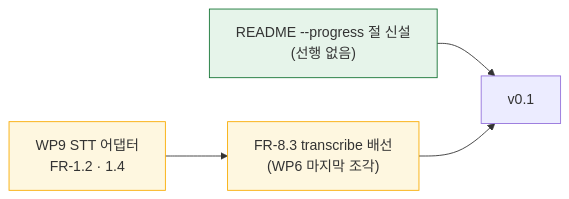
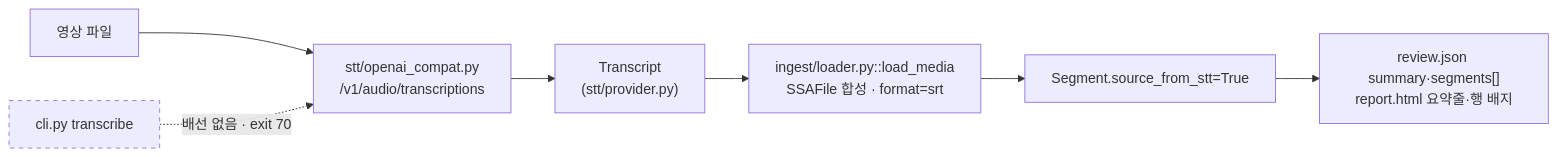
Before and after one commit to withwooyong/cuesift: the diagram in HANDOFF.md, drawn with Mermaid. The commit also changed other lines of this file and 27 other files, not shown here.

First line of the commit message:
WP9: STT 어댑터 — 음성에서 원문을 만드는 입력 경로 (FR-1.2·1.3·1.4) (#20)

````diff
--- a/HANDOFF.md
+++ b/HANDOFF.md
@@ -116,9 +57,10 @@
 ```mermaid
 flowchart LR
-    A["README --progress 절 신설<br/>(선행 없음)"] --> Z["v0.1"]
-    B["WP9 STT 어댑터<br/>FR-1.2 · 1.4"] --> C["FR-8.3 transcribe 배선<br/>(WP6 마지막 조각)"]
-    C --> Z
-    style A fill:#e6f4ea,stroke:#137333
-    style B fill:#fef7e0,stroke:#f9ab00
-    style C fill:#fef7e0,stroke:#f9ab00
+  A[영상 파일] --> B["stt/openai_compat.py<br/>/v1/audio/transcriptions"]
+  B --> C["Transcript<br/>(stt/provider.py)"]
+  C --> D["ingest/loader.py::load_media<br/>SSAFile 합성 · format=srt"]
+  D --> E["Segment.source_from_stt=True"]
+  E --> F["review.json summary·segments[]<br/>report.html 요약줄·행 배지"]
+  G["cli.py transcribe"] -. "배선 없음 · exit 70" .-> B
+  style G stroke-dasharray: 5 5
 ```
````
